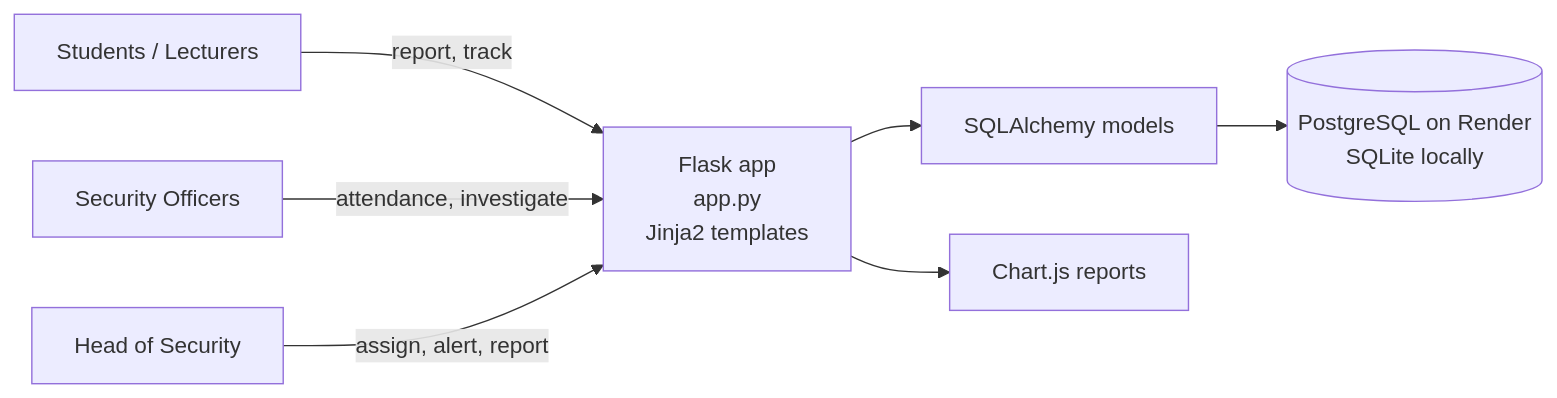
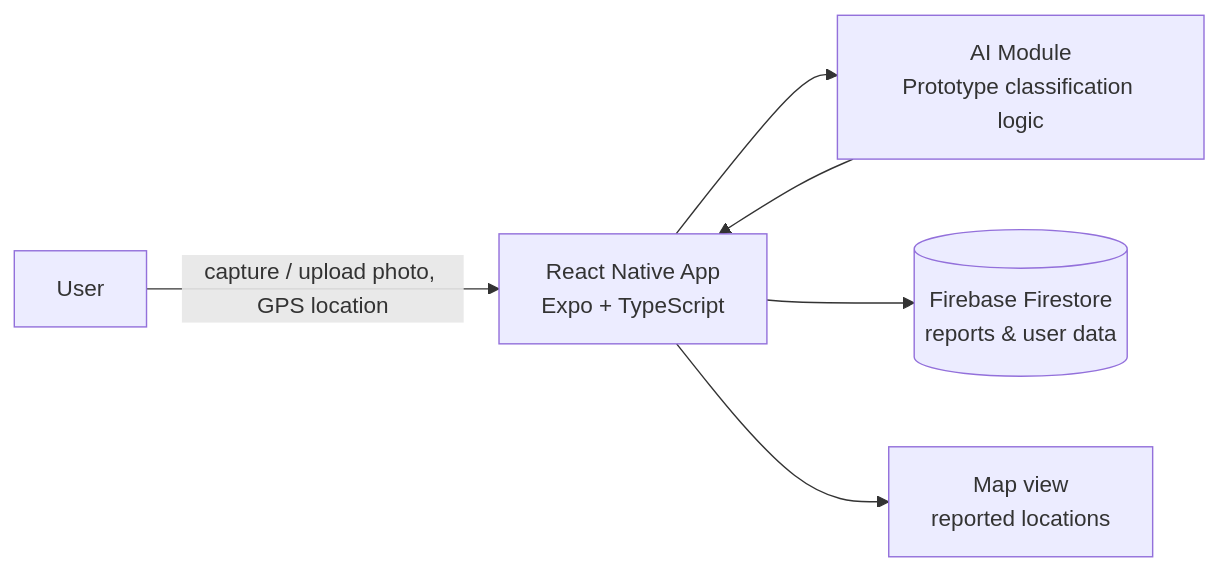
The diagram in README.md (ndlazthule-source/Smart-waste-project-app), drawn with Mermaid before and after one commit. The commit also changed other lines of this file, not shown here.

````diff
--- a/README.md
+++ b/README.md
@@ -57,9 +40,8 @@
 ```mermaid
 flowchart LR
-    U[Students / Lecturers] -->|report, track| F
-    O[Security Officers] -->|attendance, investigate| F
-    H[Head of Security] -->|assign, alert, report| F
-    F[Flask app<br/>app.py<br/>Jinja2 templates] --> M[SQLAlchemy models]
-    M --> DB[(PostgreSQL on Render<br/>SQLite locally)]
-    F --> C[Chart.js reports]
+    U[User] -->|capture / upload photo, GPS location| A
+    A[React Native App<br/>Expo + TypeScript] --> AI[AI Module<br/>Prototype classification logic]
+    A --> F[(Firebase Firestore<br/>reports & user data)]
+    A --> M[Map view<br/>reported locations]
+    AI --> A
 ```
````
